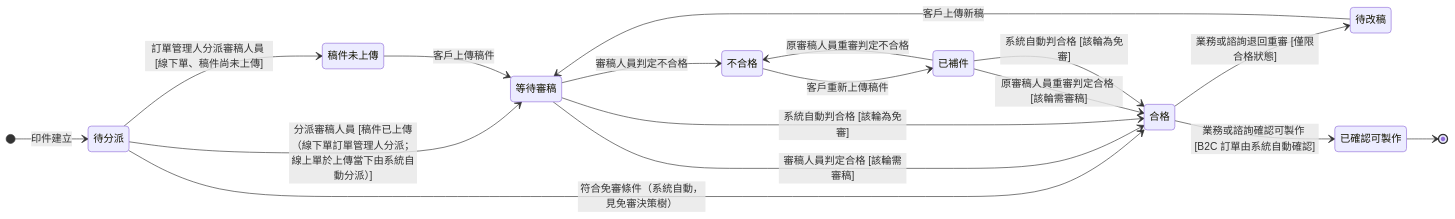
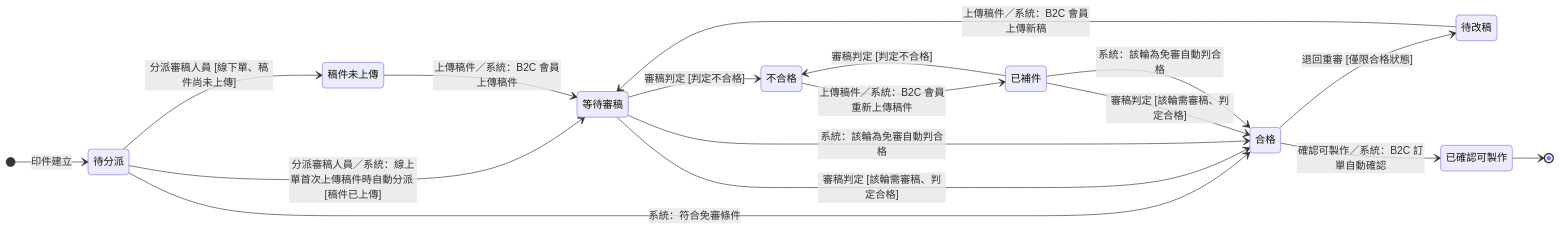
One commit to Kawato-Miles/erp-spec changed the diagram in memory/Sens_wiki/wiki/erp/06-state-machines/印件審稿狀態.md. Above: the diagram before and after it, drawn with Mermaid. The commit also changed other lines of this file and 19 other files, not shown here.

````diff
--- a/memory/Sens_wiki/wiki/erp/06-state-machines/印件審稿狀態.md
+++ b/memory/Sens_wiki/wiki/erp/06-state-machines/印件審稿狀態.md
@@ -42,32 +43,32 @@
 ```mermaid
 stateDiagram-v2
     direction LR
 
     [*] --> r_unassigned : 印件建立
 
     state "待分派" as r_unassigned
     state "稿件未上傳" as r_none
     state "等待審稿" as r_waiting
     state "不合格" as r_failed
     state "已補件" as r_resub
     state "合格" as r_passed
     state "待改稿" as r_revise
     state "已確認可製作" as r_confirmed
 
-    r_unassigned --> r_none : 訂單管理人分派審稿人員 [線下單、稿件尚未上傳]
-    r_unassigned --> r_waiting : 分派審稿人員 [稿件已上傳（線下單訂單管理人分派；線上單於上傳當下由系統自動分派）]
-    r_unassigned --> r_passed : 符合免審條件（系統自動，見免審決策樹）
-    r_none --> r_waiting : 客戶上傳稿件
-    r_waiting --> r_passed : 審稿人員判定合格 [該輪需審稿]
-    r_waiting --> r_passed : 系統自動判合格 [該輪為免審]
-    r_waiting --> r_failed : 審稿人員判定不合格
-    r_failed --> r_resub : 客戶重新上傳稿件
-    r_resub --> r_passed : 原審稿人員重審判定合格 [該輪需審稿]
-    r_resub --> r_passed : 系統自動判合格 [該輪為免審]
-    r_resub --> r_failed : 原審稿人員重審判定不合格
-    r_passed --> r_confirmed : 業務或諮詢確認可製作 [B2C 訂單由系統自動確認]
-    r_passed --> r_revise : 業務或諮詢退回重審 [僅限合格狀態]
-    r_revise --> r_waiting : 客戶上傳新稿
+    r_unassigned --> r_none : 分派審稿人員 [線下單、稿件尚未上傳]
+    r_unassigned --> r_waiting : 分派審稿人員／系統：線上單首次上傳稿件時自動分派 [稿件已上傳]
+    r_unassigned --> r_passed : 系統：符合免審條件
+    r_none --> r_waiting : 上傳稿件／系統：B2C 會員上傳稿件
+    r_waiting --> r_passed : 審稿判定 [該輪需審稿、判定合格]
+    r_waiting --> r_passed : 系統：該輪為免審自動判合格
+    r_waiting --> r_failed : 審稿判定 [判定不合格]
+    r_failed --> r_resub : 上傳稿件／系統：B2C 會員重新上傳稿件
+    r_resub --> r_passed : 審稿判定 [該輪需審稿、判定合格]
+    r_resub --> r_passed : 系統：該輪為免審自動判合格
+    r_resub --> r_failed : 審稿判定 [判定不合格]
+    r_passed --> r_confirmed : 確認可製作／系統：B2C 訂單自動確認
+    r_passed --> r_revise : 退回重審 [僅限合格狀態]
+    r_revise --> r_waiting : 上傳稿件／系統：B2C 會員上傳新稿
 
     r_confirmed --> [*]
 ```
````
